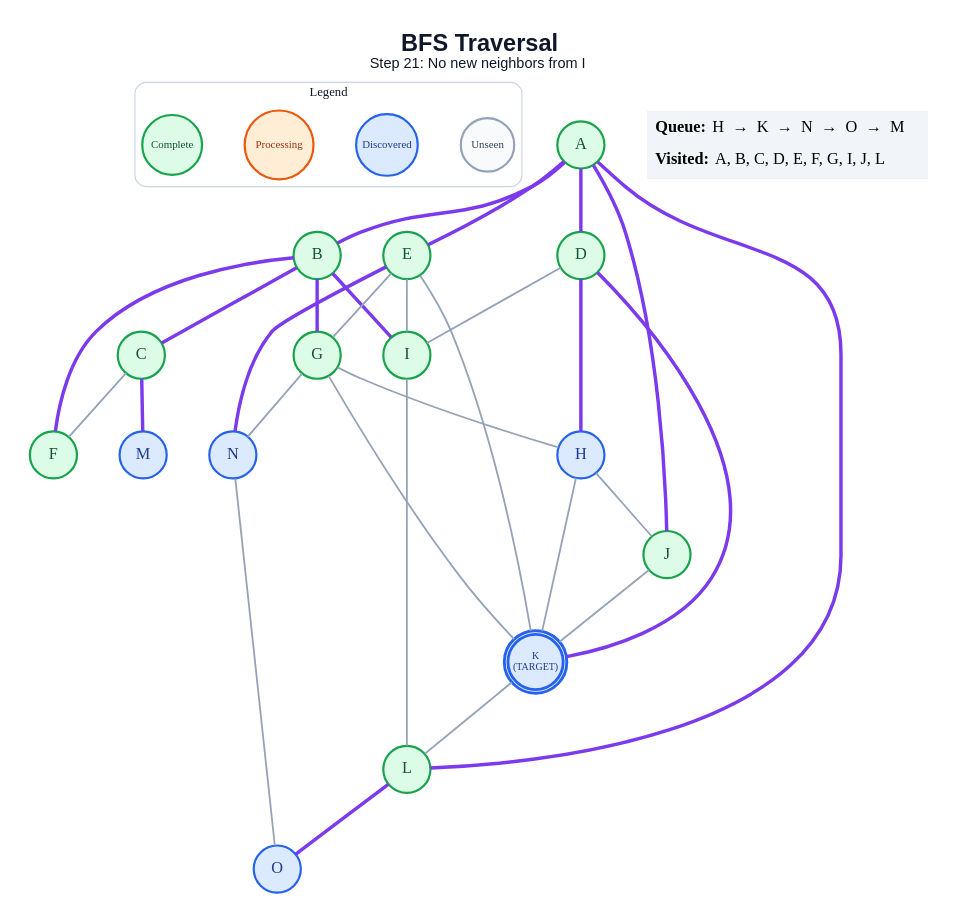
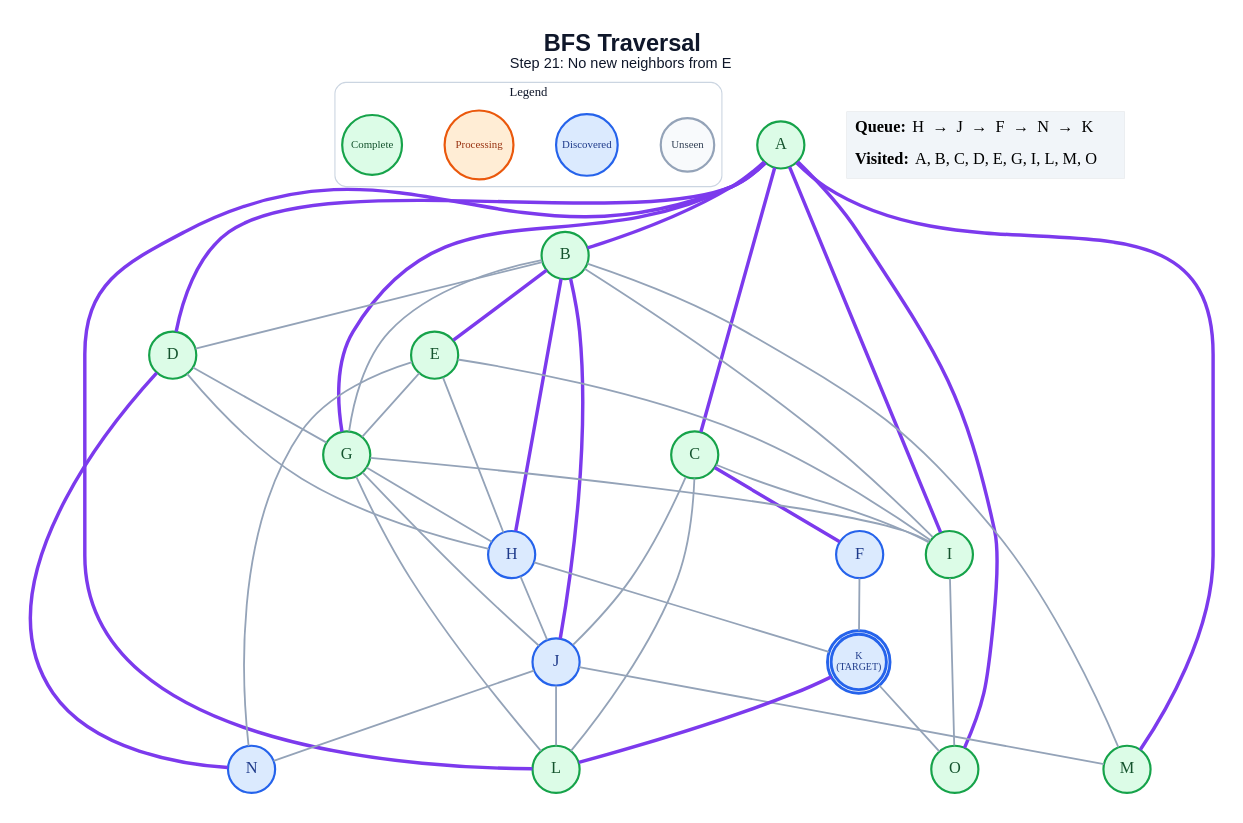
Before and after one commit to anon7238593-create/ai-slop: the diagram in generated/bfs/step_21.dot, drawn with Graphviz. The commit also changed 263 other files, not shown here.

```diff
--- a/generated/bfs/step_21.dot
+++ b/generated/bfs/step_21.dot
@@ -1,62 +1,73 @@
 graph traversal {
   graph [layout=dot, rankdir=TB, bgcolor="#FFFFFF", pad="0.35", nodesep="0.65", ranksep="0.8", fontname="Arial"];
   node [shape=circle, style="filled", fontname="Arial Bold", fontsize=18, width=0.72, fixedsize=true, penwidth=2.4];
   edge [color="#94A3B8", penwidth=2.0];
-  label=<<B>BFS Traversal</B><BR/><FONT POINT-SIZE="16">Step 21: No new neighbors from I</FONT>>; labelloc="t"; fontsize=26; fontname="Arial"; fontcolor="#0F172A";
+  label=<<B>BFS Traversal</B><BR/><FONT POINT-SIZE="16">Step 21: No new neighbors from E</FONT>>; labelloc="t"; fontsize=26; fontname="Arial"; fontcolor="#0F172A";
   subgraph cluster_legend { label="Legend"; color="#CBD5E1"; penwidth=1.2; style="rounded"; fontsize=14; fontname="Arial Bold";
     key_unseen [label="Unseen", fillcolor="#F8FAFC", color="#94A3B8", fontcolor="#334155", fontsize=12, width=0.82];
     key_frontier [label="Discovered", fillcolor="#DBEAFE", color="#2563EB", fontcolor="#1E3A8A", fontsize=12, width=0.95];
     key_current [label="Processing", fillcolor="#FFEDD5", color="#EA580C", fontcolor="#9A3412", fontsize=12, width=1.05];
     key_done [label="Complete", fillcolor="#DCFCE7", color="#16A34A", fontcolor="#14532D", fontsize=12, width=0.92];
     { rank=same; key_unseen; key_frontier; key_current; key_done; }
   }
   A [label="A", fillcolor="#DCFCE7", color="#16A34A", fontcolor="#14532D", peripheries=1, penwidth=2.4];
   B [label="B", fillcolor="#DCFCE7", color="#16A34A", fontcolor="#14532D", peripheries=1, penwidth=2.4];
   C [label="C", fillcolor="#DCFCE7", color="#16A34A", fontcolor="#14532D", peripheries=1, penwidth=2.4];
   D [label="D", fillcolor="#DCFCE7", color="#16A34A", fontcolor="#14532D", peripheries=1, penwidth=2.4];
   E [label="E", fillcolor="#DCFCE7", color="#16A34A", fontcolor="#14532D", peripheries=1, penwidth=2.4];
-  F [label="F", fillcolor="#DCFCE7", color="#16A34A", fontcolor="#14532D", peripheries=1, penwidth=2.4];
+  F [label="F", fillcolor="#DBEAFE", color="#2563EB", fontcolor="#1E3A8A", peripheries=1, penwidth=2.4];
   G [label="G", fillcolor="#DCFCE7", color="#16A34A", fontcolor="#14532D", peripheries=1, penwidth=2.4];
   H [label="H", fillcolor="#DBEAFE", color="#2563EB", fontcolor="#1E3A8A", peripheries=1, penwidth=2.4];
   I [label="I", fillcolor="#DCFCE7", color="#16A34A", fontcolor="#14532D", peripheries=1, penwidth=2.4];
-  J [label="J", fillcolor="#DCFCE7", color="#16A34A", fontcolor="#14532D", peripheries=1, penwidth=2.4];
+  J [label="J", fillcolor="#DBEAFE", color="#2563EB", fontcolor="#1E3A8A", peripheries=1, penwidth=2.4];
   K [label="K\n(TARGET)", fillcolor="#DBEAFE", color="#2563EB", fontcolor="#1E3A8A", peripheries=2, penwidth=3.2, fontsize=11, width=0.85, height=0.85];
   L [label="L", fillcolor="#DCFCE7", color="#16A34A", fontcolor="#14532D", peripheries=1, penwidth=2.4];
-  M [label="M", fillcolor="#DBEAFE", color="#2563EB", fontcolor="#1E3A8A", peripheries=1, penwidth=2.4];
+  M [label="M", fillcolor="#DCFCE7", color="#16A34A", fontcolor="#14532D", peripheries=1, penwidth=2.4];
   N [label="N", fillcolor="#DBEAFE", color="#2563EB", fontcolor="#1E3A8A", peripheries=1, penwidth=2.4];
-  O [label="O", fillcolor="#DBEAFE", color="#2563EB", fontcolor="#1E3A8A", peripheries=1, penwidth=2.4];
+  O [label="O", fillcolor="#DCFCE7", color="#16A34A", fontcolor="#14532D", peripheries=1, penwidth=2.4];
   A -- B [color="#7C3AED", penwidth=3.8];
+  A -- C [color="#7C3AED", penwidth=3.8];
   A -- D [color="#7C3AED", penwidth=3.8];
-  A -- E [color="#7C3AED", penwidth=3.8];
-  A -- J [color="#7C3AED", penwidth=3.8];
+  A -- G [color="#7C3AED", penwidth=3.8];
+  A -- I [color="#7C3AED", penwidth=3.8];
   A -- L [color="#7C3AED", penwidth=3.8];
-  B -- C [color="#7C3AED", penwidth=3.8];
-  B -- F [color="#7C3AED", penwidth=3.8];
-  B -- G [color="#7C3AED", penwidth=3.8];
-  B -- I [color="#7C3AED", penwidth=3.8];
-  C -- F;
-  C -- M [color="#7C3AED", penwidth=3.8];
-  D -- H [color="#7C3AED", penwidth=3.8];
-  D -- I;
-  D -- K [color="#7C3AED", penwidth=3.8];
+  A -- M [color="#7C3AED", penwidth=3.8];
+  A -- O [color="#7C3AED", penwidth=3.8];
+  B -- D;
+  B -- E [color="#7C3AED", penwidth=3.8];
+  B -- G;
+  B -- H [color="#7C3AED", penwidth=3.8];
+  B -- I;
+  B -- J [color="#7C3AED", penwidth=3.8];
+  B -- M;
+  C -- F [color="#7C3AED", penwidth=3.8];
+  C -- I;
+  C -- J;
+  C -- L;
+  D -- G;
+  D -- H;
+  D -- N [color="#7C3AED", penwidth=3.8];
   E -- G;
+  E -- H;
   E -- I;
-  E -- K;
-  E -- N [color="#7C3AED", penwidth=3.8];
+  E -- N;
+  F -- K;
   G -- H;
-  G -- K;
-  G -- N;
+  G -- I;
+  G -- J;
+  G -- L;
   H -- J;
   H -- K;
-  I -- L;
-  J -- K;
-  K -- L;
-  L -- O [color="#7C3AED", penwidth=3.8];
-  N -- O;
+  I -- O;
+  J -- L;
+  J -- M;
+  J -- N;
+  K -- L [color="#7C3AED", penwidth=3.8];
+  K -- O;
   status [shape=plain, fixedsize=false, width=0, height=0, margin=0, label=<
     <TABLE BORDER="0" CELLBORDER="0" CELLPADDING="7" BGCOLOR="#F1F5F9">
-      <TR><TD ALIGN="LEFT"><B>Queue:</B> H  →  K  →  N  →  O  →  M</TD></TR>
-      <TR><TD ALIGN="LEFT"><B>Visited:</B> A, B, C, D, E, F, G, I, J, L</TD></TR>
+      <TR><TD ALIGN="LEFT"><B>Queue:</B> H  →  J  →  F  →  N  →  K</TD></TR>
+      <TR><TD ALIGN="LEFT"><B>Visited:</B> A, B, C, D, E, G, I, L, M, O</TD></TR>
     </TABLE>
   >];
 }
```
